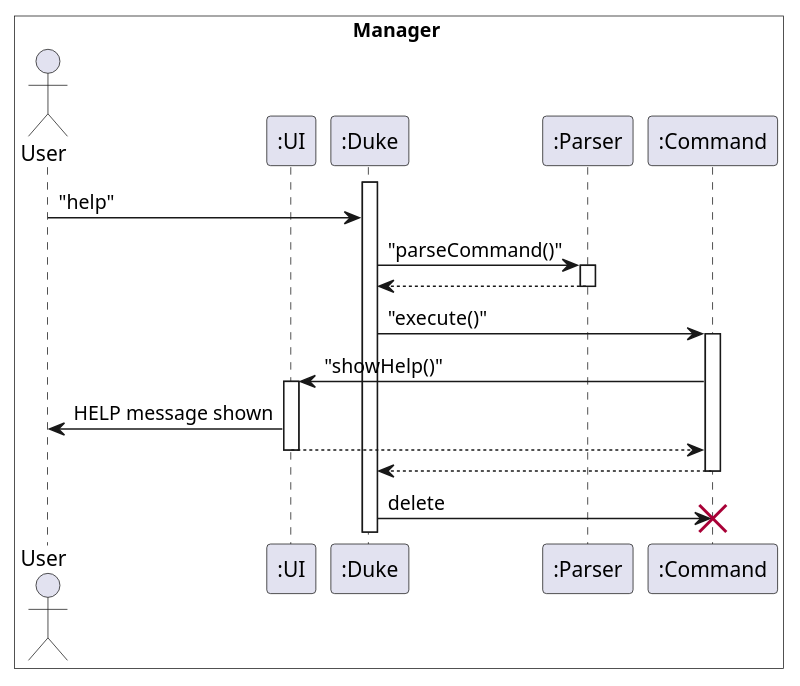
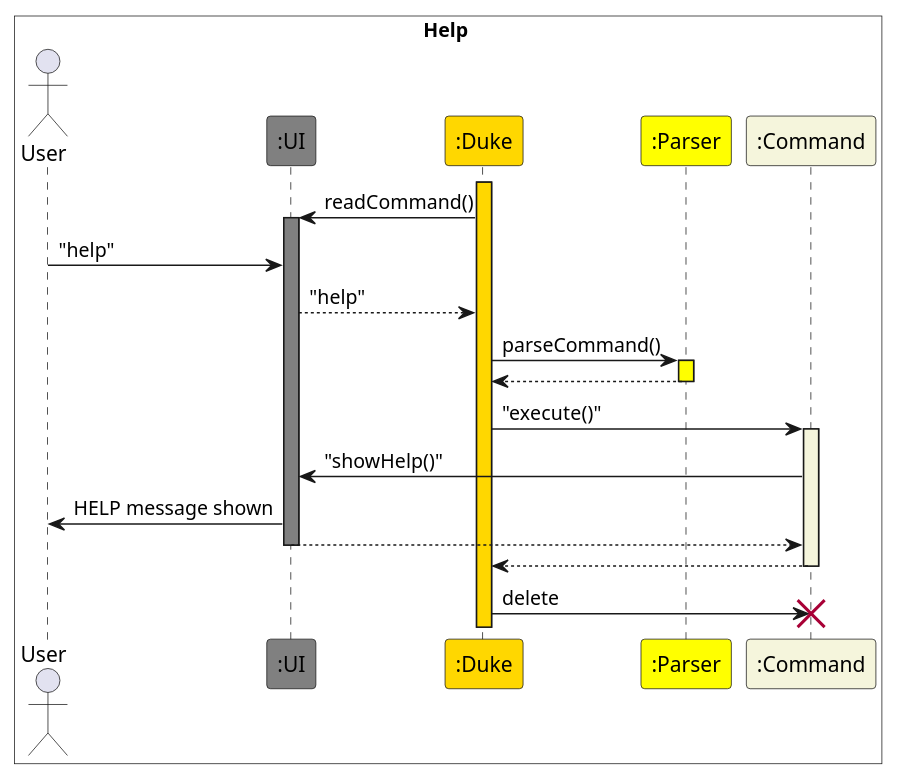
The diagram in docs/PlantUML/Help.puml (nus-cs2113-AY2223S2/tp), drawn with PlantUML before and after one commit. The commit also changed 1 other file, not shown here.

Commit message:
Fixes Help sequence diagram

```diff
--- a/docs/PlantUML/Help.puml
+++ b/docs/PlantUML/Help.puml
@@ -1,31 +1,32 @@
 @startuml Help
-box Manager #White
+box Help #White
 Actor User
 
-participant ":UI" as UI
-participant ":Duke" as Duke
-participant ":Parser" as Parser
-participant ":Command" as Command1
+participant ":UI" as UI #Gray
+participant ":Duke" as Duke #Gold
+participant ":Parser" as Parser #Yellow
+participant ":Command" as Command1 #Beige
 end box
 
-activate Duke
-
-User -> Duke : "help"
-Duke -> Parser : "parseCommand()"
-activate Parser
+activate Duke #Gold
+Duke -> UI : readCommand()
+activate UI #Gray
+User -> UI : "help"
+UI --> Duke : "help"
+Duke -> Parser : parseCommand()
+activate Parser #Yellow
 Parser --> Duke
 deactivate Parser
 Duke -> Command1 : "execute()"
-activate Command1
+activate Command1 #Beige
 Command1 -> UI : "showHelp()"
-activate UI
 UI -> User : HELP message shown
 UI --> Command1
 deactivate UI
 Command1 --> Duke
 deactivate Command1
 Duke -> Command1 : delete
 destroy Command1
 
 
 @enduml
```
